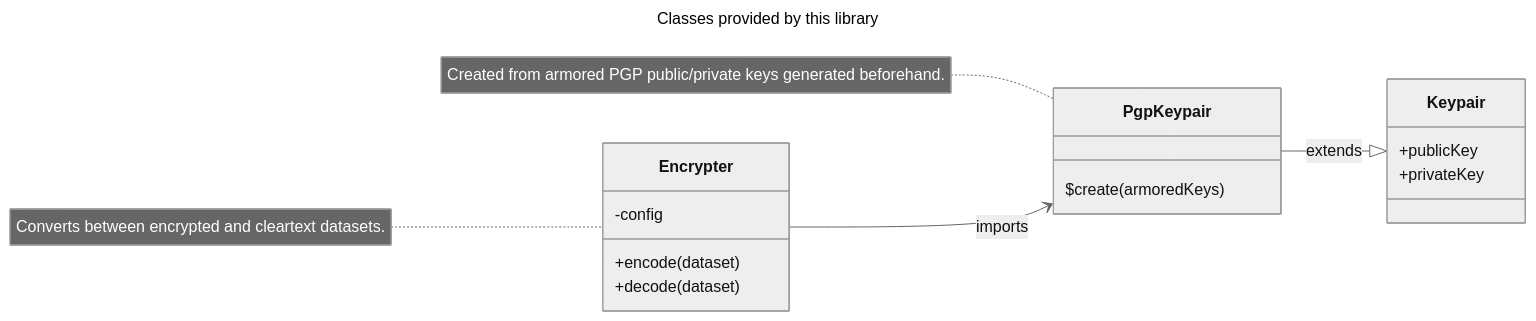
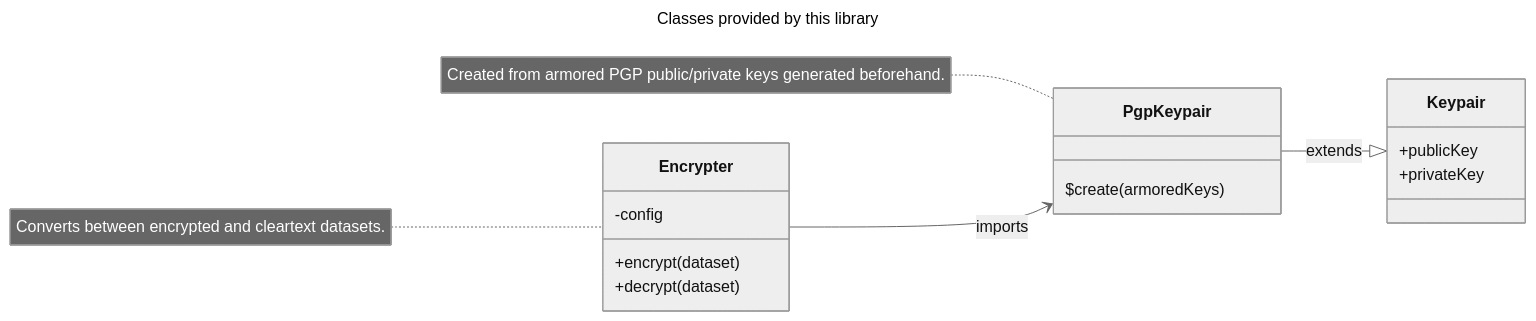
Before and after one commit to doga/rdf-encryption: the second of 3 diagrams in README.md, drawn with Mermaid (neutral theme). The commit also changed other lines of this file, not shown here.

Commit message:
fix diagrams in readme

````diff
--- a/README.md
+++ b/README.md
@@ -38,23 +38,23 @@
 ```mermaid
 ---
 title: Classes provided by this library
 ---
 classDiagram
   direction LR
   class Encrypter {
     -config
-    +encode(dataset)
-    +decode(dataset)
+    +encrypt(dataset)
+    +decrypt(dataset)
   }
   class PgpKeypair {
     $create(armoredKeys)
   }
   class Keypair {
     +publicKey
     +privateKey
   }
   PgpKeypair --|> Keypair: extends
   Encrypter --> PgpKeypair : imports
   note for Encrypter "Converts between encrypted and cleartext datasets."
   note for PgpKeypair "Created from armored PGP public/private keys generated beforehand."
 ```
````
